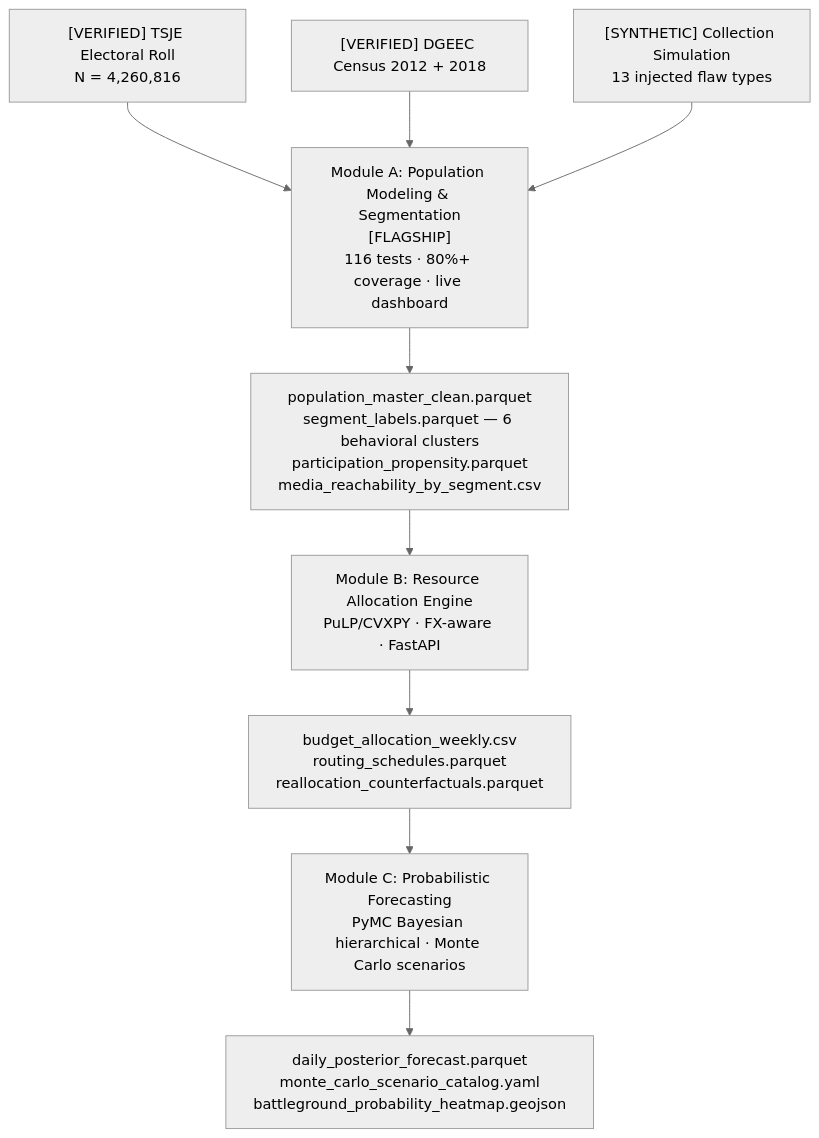
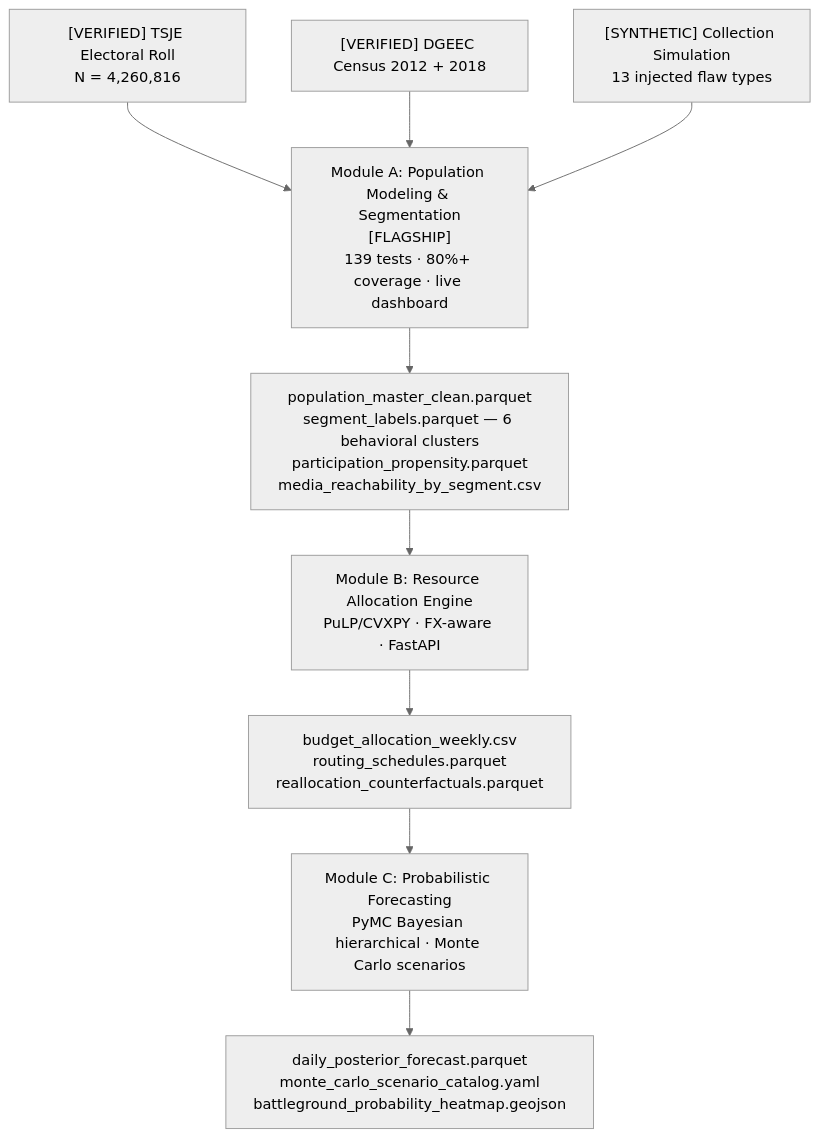
One commit to RafaelBraga-Kribitz/decision-analytics-reconstruction changed the diagram in README.md. Above: the diagram before and after it, drawn with Mermaid (neutral theme). The commit also changed other lines of this file and 20 other files, not shown here.

First line of the commit message:
chore: enhance architecture documentation and update Docker configuration

````diff
--- a/README.md
+++ b/README.md
@@ -71,22 +71,22 @@
 ```mermaid
 flowchart TD
     TSJE["[VERIFIED] TSJE Electoral Roll\nN = 4,260,816"]
     DGEEC["[VERIFIED] DGEEC Census 2012 + 2018"]
     SIM["[SYNTHETIC] Collection Simulation\n13 injected flaw types"]
 
     TSJE --> A
     DGEEC --> A
     SIM --> A
 
-    A["Module A: Population Modeling & Segmentation\n[FLAGSHIP]\n116 tests · 80%+ coverage · live dashboard"]
+    A["Module A: Population Modeling & Segmentation\n[FLAGSHIP]\n139 tests · 80%+ coverage · live dashboard"]
 
     A --> AO["population_master_clean.parquet\nsegment_labels.parquet — 6 behavioral clusters\nparticipation_propensity.parquet\nmedia_reachability_by_segment.csv"]
 
     AO --> B["Module B: Resource Allocation Engine\nPuLP/CVXPY · FX-aware · FastAPI"]
 
     B --> BO["budget_allocation_weekly.csv\nrouting_schedules.parquet\nreallocation_counterfactuals.parquet"]
 
     BO --> C["Module C: Probabilistic Forecasting\nPyMC Bayesian hierarchical · Monte Carlo scenarios"]
 
     C --> CO["daily_posterior_forecast.parquet\nmonte_carlo_scenario_catalog.yaml\nbattleground_probability_heatmap.geojson"]
 ```
````
